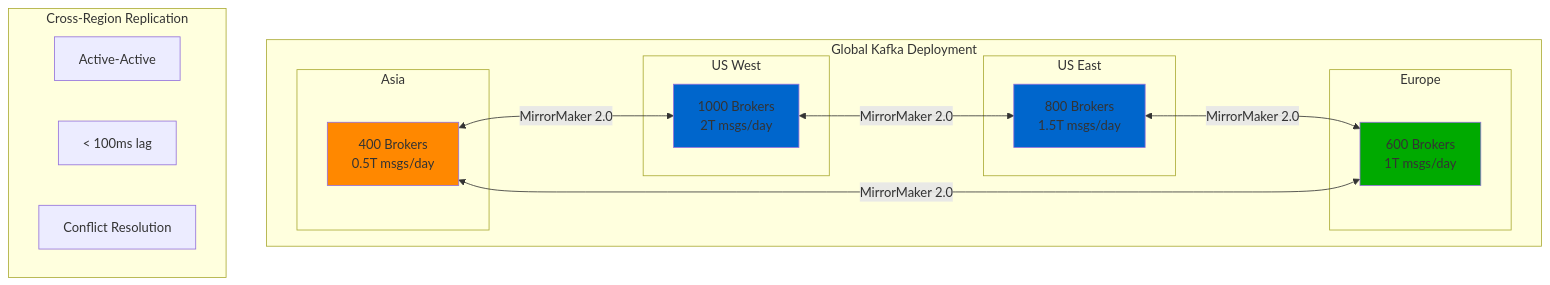
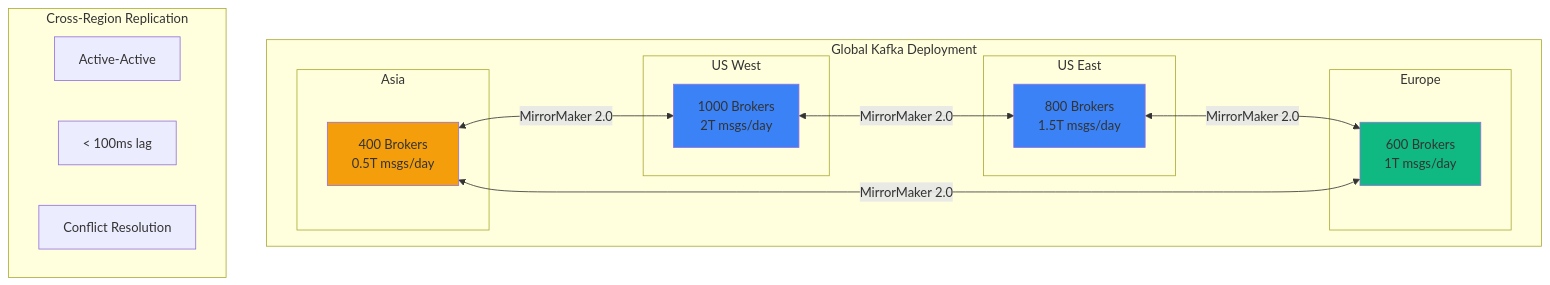
Before and after one commit to deepaucksharma/DS: the fifth of 7 diagrams in site/docs/migrations/linkedin-kafka-evolution.md, drawn with Mermaid. The commit also changed other lines of this file and 303 other files, not shown here.

````diff
--- a/site/docs/migrations/linkedin-kafka-evolution.md
+++ b/site/docs/migrations/linkedin-kafka-evolution.md
@@ -307,36 +307,36 @@
 ```mermaid
 graph TB
     subgraph "Global Kafka Deployment"
         subgraph USWest[US West]
             UW[1000 Brokers<br/>2T msgs/day]
         end
 
         subgraph USEast[US East]
             UE[800 Brokers<br/>1.5T msgs/day]
         end
 
         subgraph Europe[Europe]
             EU[600 Brokers<br/>1T msgs/day]
         end
 
         subgraph Asia[Asia]
             AS[400 Brokers<br/>0.5T msgs/day]
         end
 
         UW <--> |MirrorMaker 2.0| UE
         UE <--> |MirrorMaker 2.0| EU
         EU <--> |MirrorMaker 2.0| AS
         AS <--> |MirrorMaker 2.0| UW
     end
 
     subgraph Replication[Cross-Region Replication]
         R1[Active-Active]
         R2[< 100ms lag]
         R3[Conflict Resolution]
     end
 
-    style UW fill:#0066CC
-    style UE fill:#0066CC
-    style EU fill:#00AA00
-    style AS fill:#FF8800
+    style UW fill:#3B82F6
+    style UE fill:#3B82F6
+    style EU fill:#10B981
+    style AS fill:#F59E0B
 ```
````
